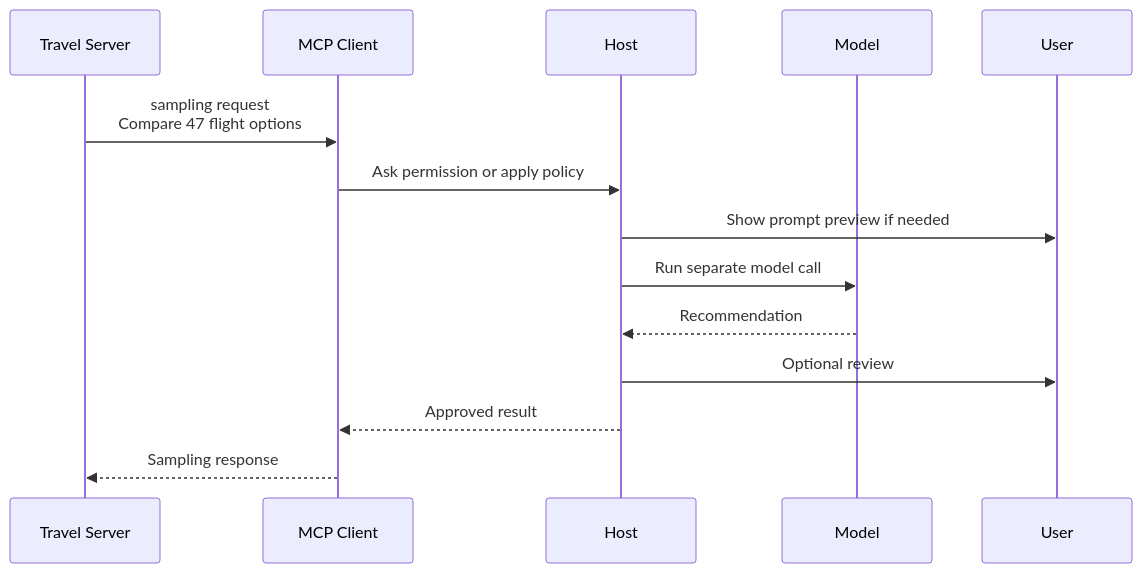
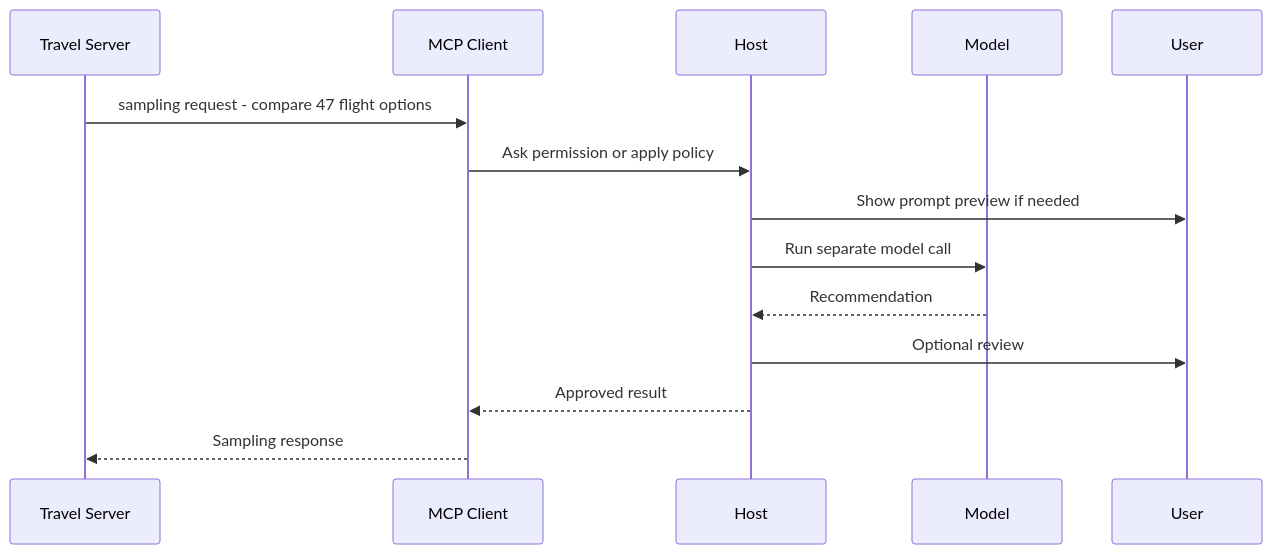
Before and after one commit to AceronX/ai-agent-roadmap: the fourth of 6 diagrams in docs/stages/06-mcp/mcp-hosts-clients-servers/index.md, drawn with Mermaid. The commit also changed other lines of this file, not shown here.

````diff
--- a/docs/stages/06-mcp/mcp-hosts-clients-servers/index.md
+++ b/docs/stages/06-mcp/mcp-hosts-clients-servers/index.md
@@ -341,17 +341,17 @@
 ```mermaid
 sequenceDiagram
     participant S as Travel Server
     participant C as MCP Client
     participant H as Host
     participant M as Model
     participant U as User
 
-    S->>C: sampling request<br/>Compare 47 flight options
+    S->>C: sampling request - compare 47 flight options
     C->>H: Ask permission or apply policy
     H->>U: Show prompt preview if needed
     H->>M: Run separate model call
     M-->>H: Recommendation
     H->>U: Optional review
     H-->>C: Approved result
     C-->>S: Sampling response
 ```
````
